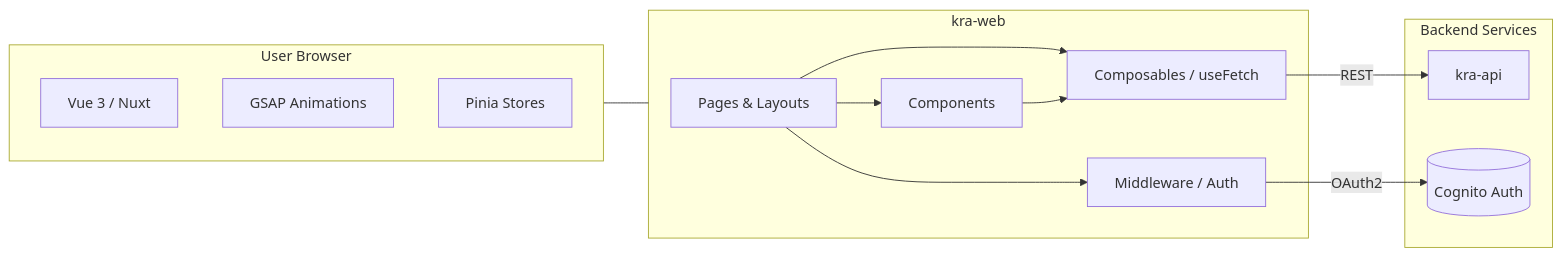
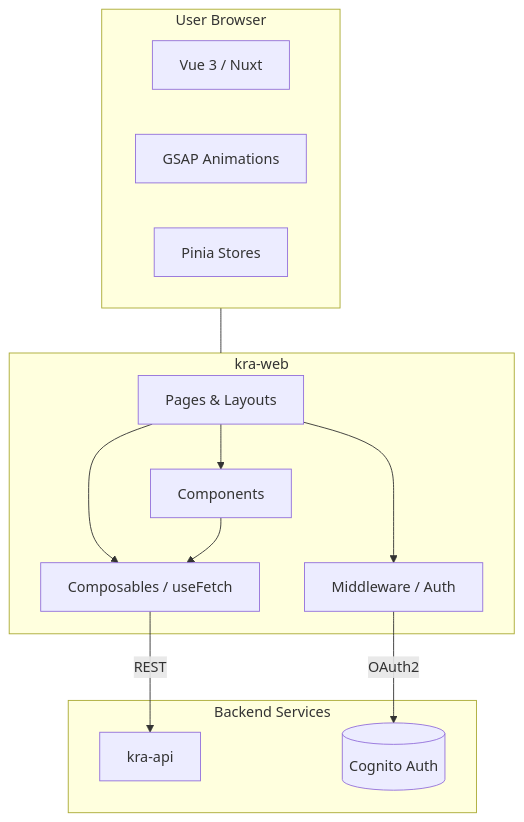
One commit to krealalejo/kra-web-frontend-nuxt changed the diagram in README.md. Above: the diagram before and after it, drawn with Mermaid. The commit also changed other lines of this file, not shown here.

````diff
--- a/README.md
+++ b/README.md
@@ -65,28 +60,28 @@
 ```mermaid
-flowchart LR
+flowchart TD
   subgraph browser [User Browser]
     VUE[Vue 3 / Nuxt]
     GSAP[GSAP Animations]
     PINIA[Pinia Stores]
   end
 
   subgraph kra_web [kra-web]
     PAGES[Pages & Layouts]
     COMP[Components]
     SEC[Middleware / Auth]
     API[Composables / useFetch]
     PAGES --> COMP
     PAGES --> API
     COMP --> API
     PAGES --> SEC
   end
 
   subgraph backend [Backend Services]
     KRA_API[kra-api]
     COG[(Cognito Auth)]
   end
 
   browser --- kra_web
   API -->|REST| KRA_API
   SEC -->|OAuth2| COG
 ```
````
